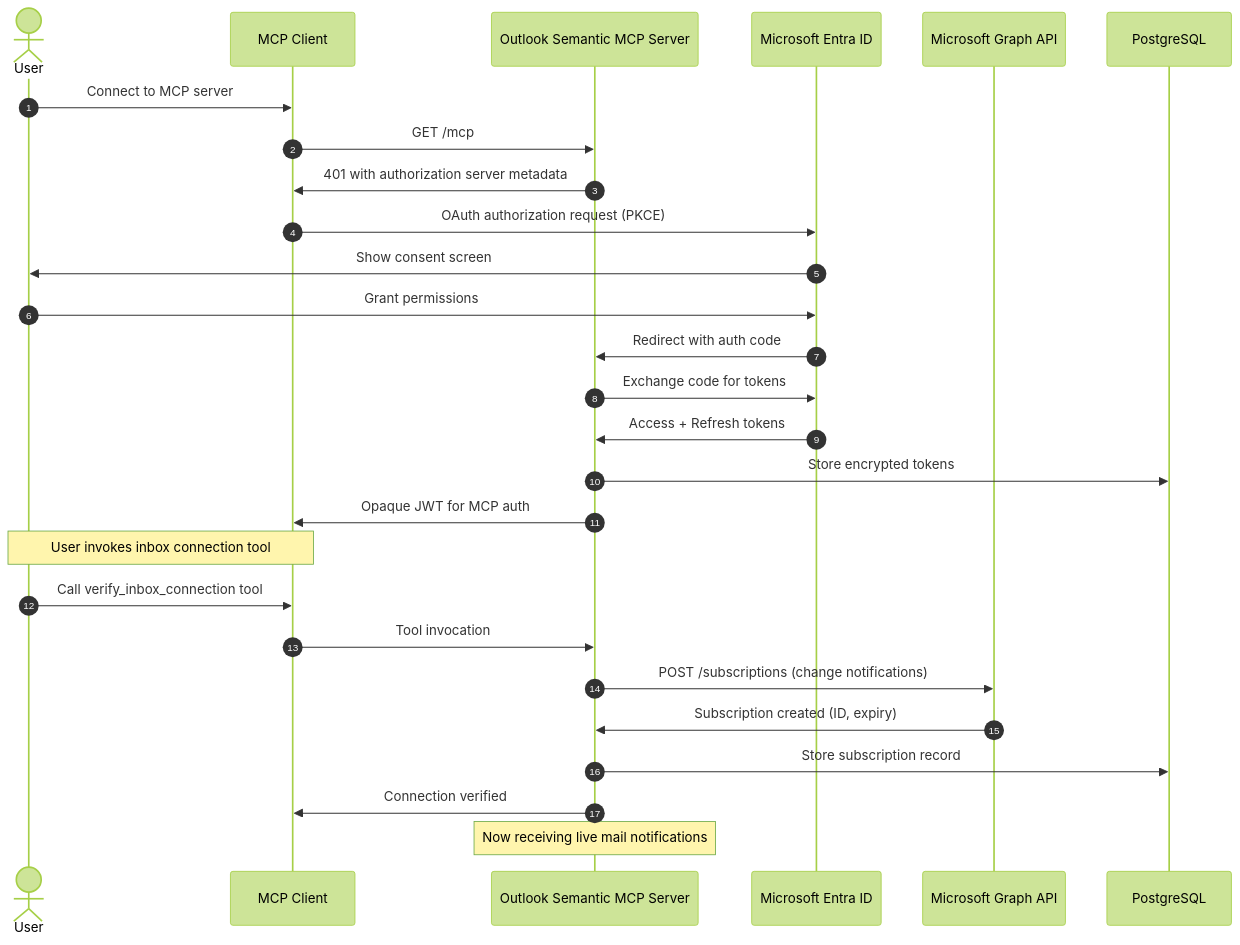
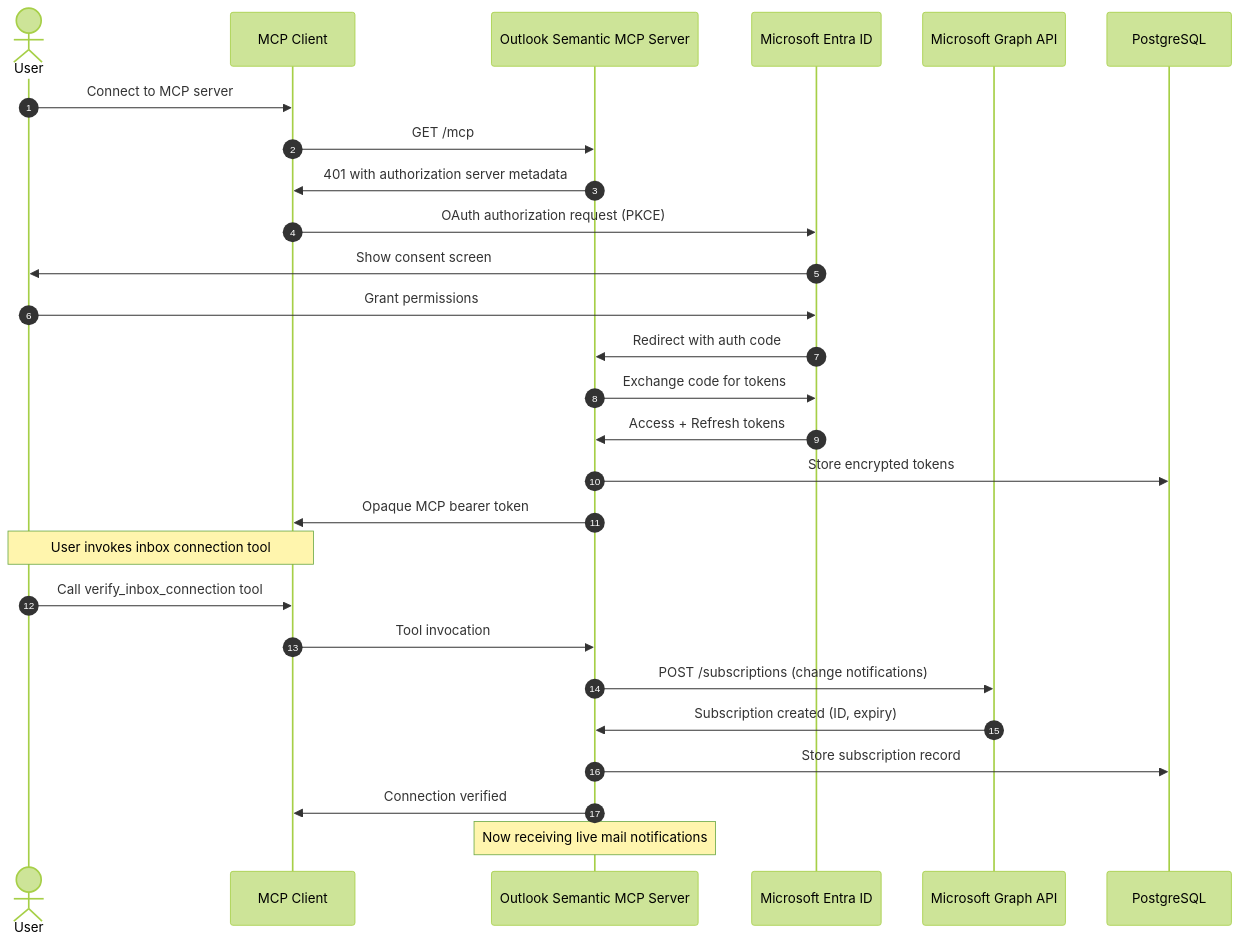
One commit to Unique-AG/connectors changed the second of 3 diagrams in services/outlook-semantic-mcp/docs/README.md. Above: the diagram before and after it, drawn with Mermaid (forest theme). The commit also changed other lines of this file and 10 other files, not shown here.

````diff
--- a/services/outlook-semantic-mcp/docs/README.md
+++ b/services/outlook-semantic-mcp/docs/README.md
@@ -171,32 +171,32 @@
 ```mermaid
 sequenceDiagram
     autonumber
     actor User
     participant MCPClient as MCP Client
     participant OutlookMCP as Outlook Semantic MCP Server
     participant EntraID as Microsoft Entra ID
     participant MSGraph as Microsoft Graph API
     participant DB as PostgreSQL
 
     User->>MCPClient: Connect to MCP server
     MCPClient->>OutlookMCP: GET /mcp
     OutlookMCP->>MCPClient: 401 with authorization server metadata
     MCPClient->>EntraID: OAuth authorization request (PKCE)
     EntraID->>User: Show consent screen
     User->>EntraID: Grant permissions
     EntraID->>OutlookMCP: Redirect with auth code
     OutlookMCP->>EntraID: Exchange code for tokens
     EntraID->>OutlookMCP: Access + Refresh tokens
     OutlookMCP->>DB: Store encrypted tokens
-    OutlookMCP->>MCPClient: Opaque JWT for MCP auth
+    OutlookMCP->>MCPClient: Opaque MCP bearer token
 
     Note over User,MCPClient: User invokes inbox connection tool
     User->>MCPClient: Call verify_inbox_connection tool
     MCPClient->>OutlookMCP: Tool invocation
     OutlookMCP->>MSGraph: POST /subscriptions (change notifications)
     MSGraph->>OutlookMCP: Subscription created (ID, expiry)
     OutlookMCP->>DB: Store subscription record
     OutlookMCP->>MCPClient: Connection verified
 
     Note over OutlookMCP: Now receiving live mail notifications
 ```
````
